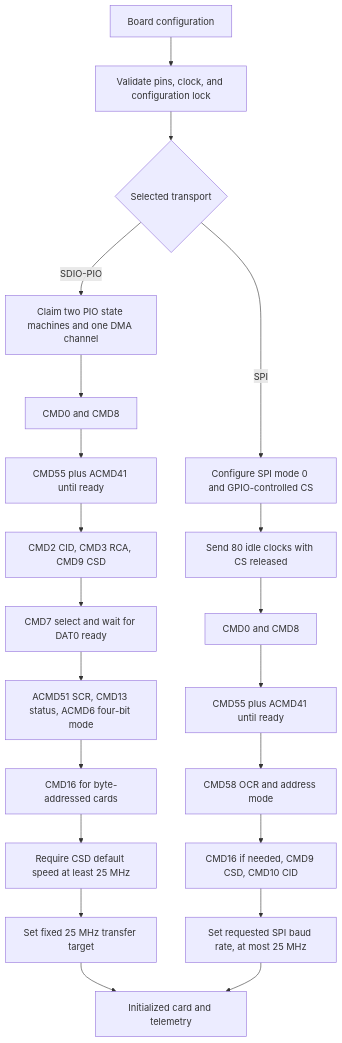
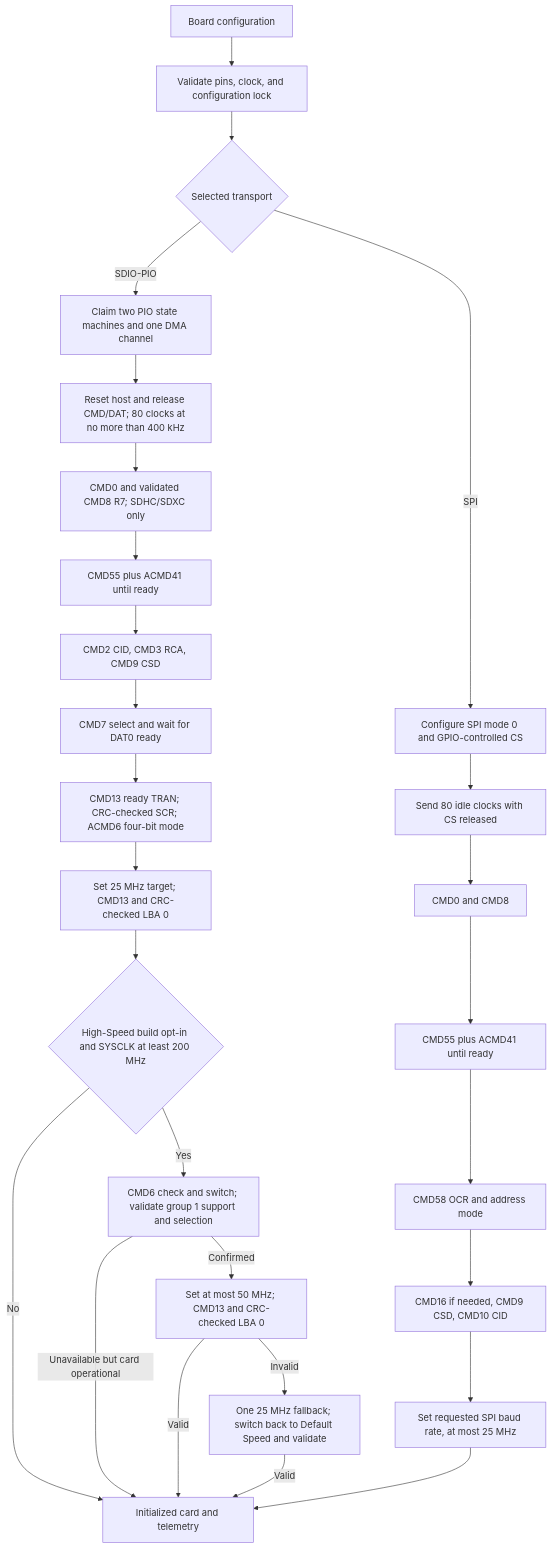
One commit to djwinter29-oss/PicoForge changed the second of 5 diagrams in docs/sdcard-design.md. Above: the diagram before and after it, drawn with Mermaid. The commit also changed other lines of this file and 23 other files, not shown here.

````diff
--- a/docs/sdcard-design.md
+++ b/docs/sdcard-design.md
@@ -232,23 +233,29 @@
 ```mermaid
 flowchart TD
     Start[Board configuration] --> Validate[Validate pins, clock, and configuration lock]
     Validate --> Transport{Selected transport}
     Transport -->|SDIO-PIO| Claim[Claim two PIO state machines and one DMA channel]
-    Claim --> NativeReset[CMD0 and CMD8]
+    Claim --> Idle[Reset host and release CMD/DAT; 80 clocks at no more than 400 kHz]
+    Idle --> NativeReset[CMD0 and validated CMD8 R7; SDHC/SDXC only]
     NativeReset --> NativeReady[CMD55 plus ACMD41 until ready]
     NativeReady --> Identify[CMD2 CID, CMD3 RCA, CMD9 CSD]
     Identify --> Select[CMD7 select and wait for DAT0 ready]
-    Select --> Width[ACMD51 SCR, CMD13 status, ACMD6 four-bit mode]
-    Width --> Length[CMD16 for byte-addressed cards]
-    Length --> Speed[Require CSD default speed at least 25 MHz]
-    Speed --> Fixed[Set fixed 25 MHz transfer target]
-    Fixed --> Ready[Initialized card and telemetry]
+    Select --> Width[CMD13 ready TRAN; CRC-checked SCR; ACMD6 four-bit mode]
+    Width --> Speed[Set 25 MHz target; CMD13 and CRC-checked LBA 0]
+    Speed --> Policy{High-Speed build opt-in and SYSCLK at least 200 MHz}
+    Policy -->|No| Ready[Initialized card and telemetry]
+    Policy -->|Yes| Switch[CMD6 check and switch; validate group 1 support and selection]
+    Switch -->|Unavailable but card operational| Ready
+    Switch -->|Confirmed| Fast[Set at most 50 MHz; CMD13 and CRC-checked LBA 0]
+    Fast -->|Valid| Ready
+    Fast -->|Invalid| Fallback[One 25 MHz fallback; switch back to Default Speed and validate]
+    Fallback -->|Valid| Ready
     Transport -->|SPI| Setup[Configure SPI mode 0 and GPIO-controlled CS]
     Setup --> Clocks[Send 80 idle clocks with CS released]
     Clocks --> SPIReset[CMD0 and CMD8]
     SPIReset --> SPIReady[CMD55 plus ACMD41 until ready]
     SPIReady --> OCR[CMD58 OCR and address mode]
     OCR --> SPIIdentify[CMD16 if needed, CMD9 CSD, CMD10 CID]
     SPIIdentify --> SPISpeed[Set requested SPI baud rate, at most 25 MHz]
     SPISpeed --> Ready
 ```
````
